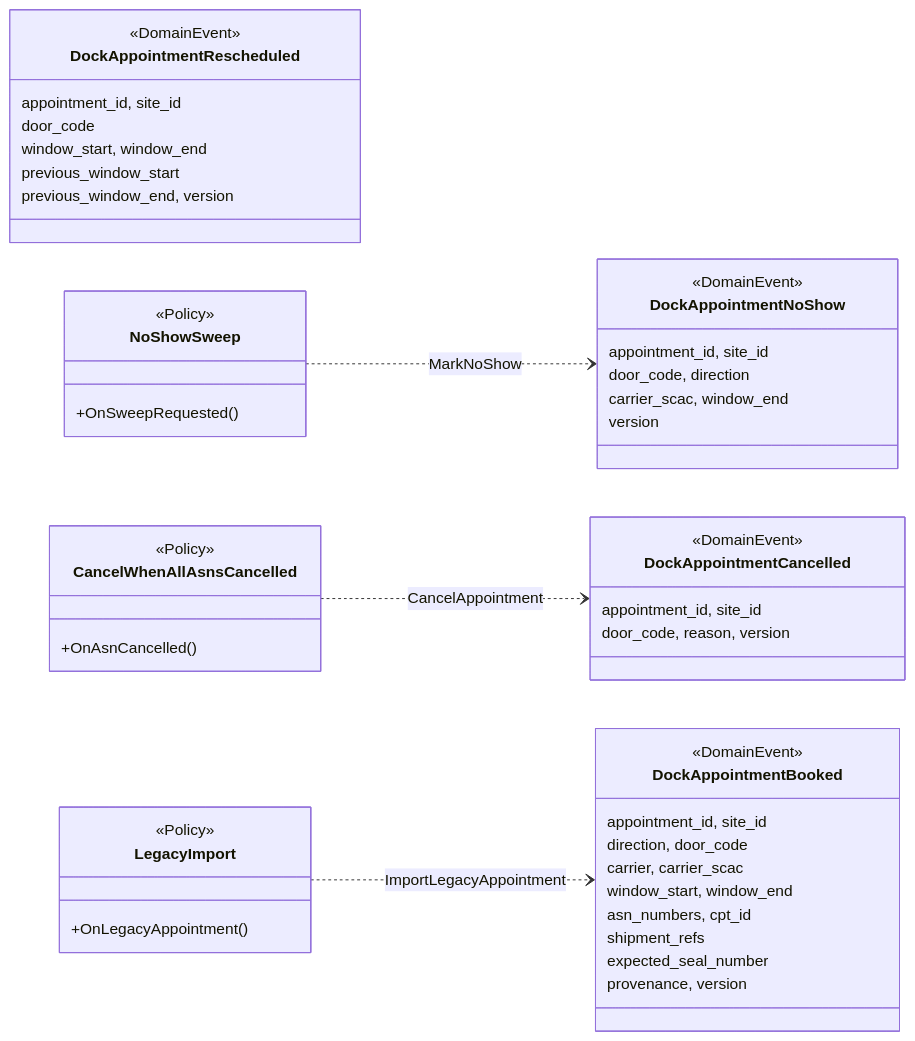
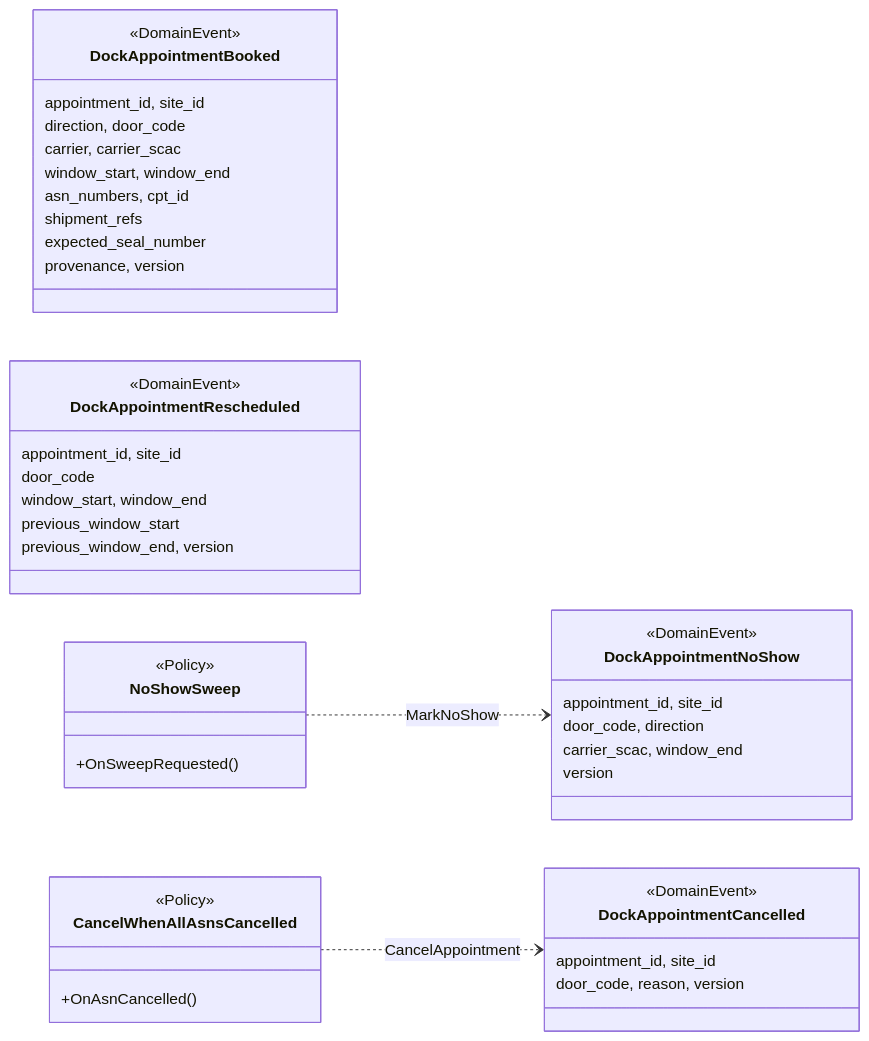
The sixth of 9 diagrams in yard/docs/contexts/dock-scheduling/class-diagram.md (IQVO/warehouse-docs), drawn with Mermaid before and after one commit. The commit also changed other lines of this file and 19 other files, not shown here.

````diff
--- a/yard/docs/contexts/dock-scheduling/class-diagram.md
+++ b/yard/docs/contexts/dock-scheduling/class-diagram.md
@@ -292,50 +290,45 @@
 ```mermaid
 classDiagram
     direction LR
     class DockAppointmentBooked {
         <<DomainEvent>>
         appointment_id, site_id
         direction, door_code
         carrier, carrier_scac
         window_start, window_end
         asn_numbers, cpt_id
         shipment_refs
         expected_seal_number
         provenance, version
     }
     class DockAppointmentRescheduled {
         <<DomainEvent>>
         appointment_id, site_id
         door_code
         window_start, window_end
         previous_window_start
         previous_window_end, version
     }
     class DockAppointmentCancelled {
         <<DomainEvent>>
         appointment_id, site_id
         door_code, reason, version
     }
     class DockAppointmentNoShow {
         <<DomainEvent>>
         appointment_id, site_id
         door_code, direction
         carrier_scac, window_end
         version
     }
     class NoShowSweep {
         <<Policy>>
         +OnSweepRequested()
     }
     class CancelWhenAllAsnsCancelled {
         <<Policy>>
         +OnAsnCancelled()
     }
-    class LegacyImport {
-        <<Policy>>
-        +OnLegacyAppointment()
-    }
     NoShowSweep ..> DockAppointmentNoShow : MarkNoShow
     CancelWhenAllAsnsCancelled ..> DockAppointmentCancelled : CancelAppointment
-    LegacyImport ..> DockAppointmentBooked : ImportLegacyAppointment
 ```
````
